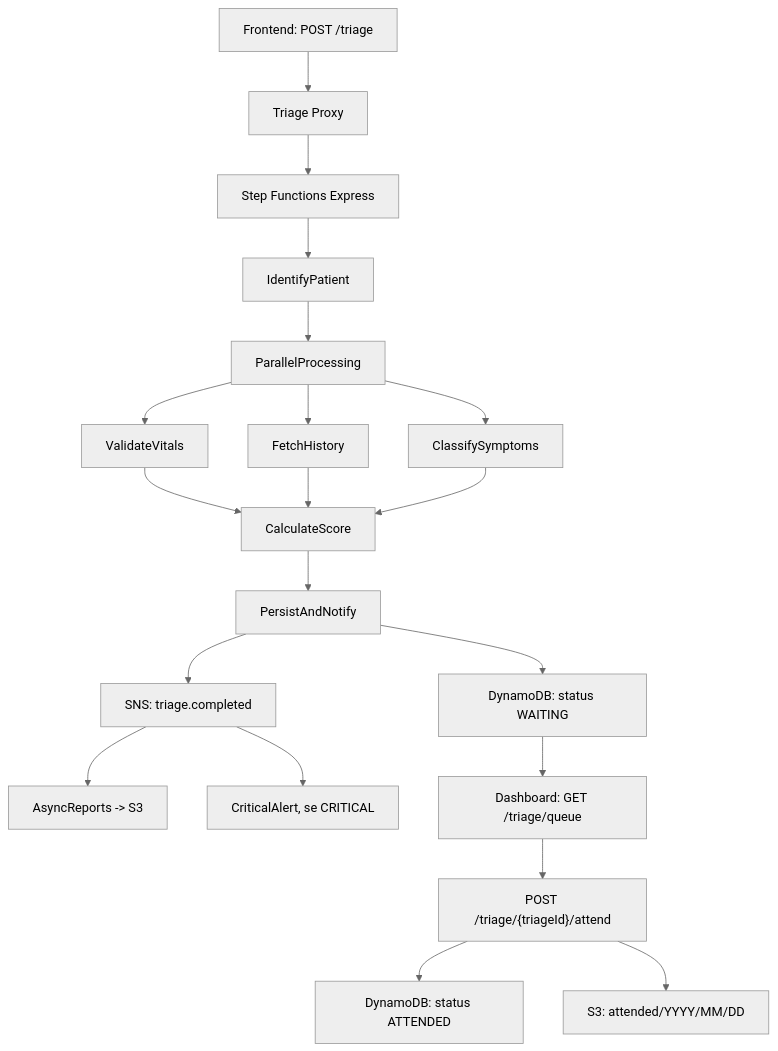
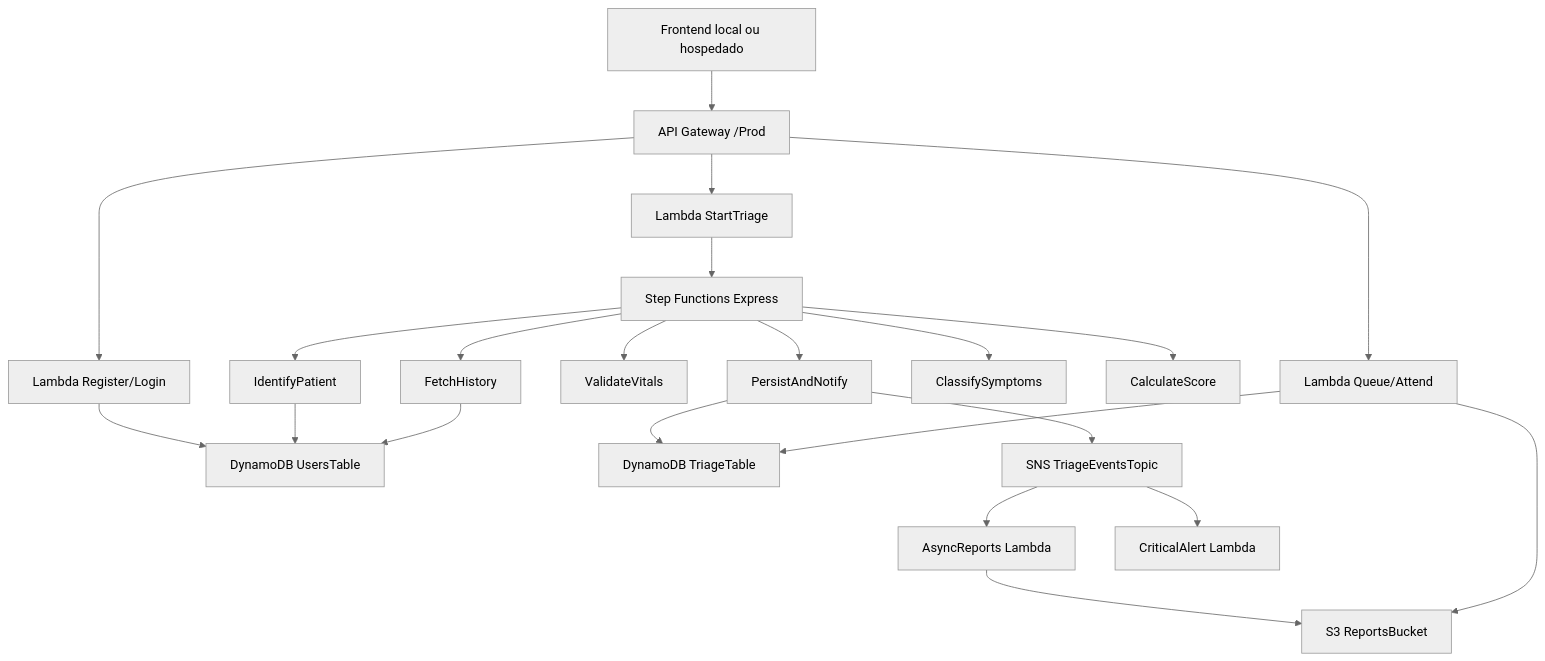
Before and after one commit to joao-castroo/mediflow-project: the diagram in README.md, drawn with Mermaid (neutral theme). The commit also changed other lines of this file, not shown here.

````diff
--- a/README.md
+++ b/README.md
@@ -111,22 +110,26 @@
 ```mermaid
 graph TD
-    A["Frontend: POST /triage"] --> B["Triage Proxy"]
-    B --> C["Step Functions Express"]
-    C --> D["IdentifyPatient"]
-    D --> E["ParallelProcessing"]
-    E --> F["ValidateVitals"]
-    E --> G["FetchHistory"]
-    E --> H["ClassifySymptoms"]
-    F --> I["CalculateScore"]
-    G --> I
-    H --> I
-    I --> J["PersistAndNotify"]
-    J --> K["DynamoDB: status WAITING"]
-    J --> L["SNS: triage.completed"]
-    L --> M["AsyncReports -> S3"]
-    L --> N["CriticalAlert, se CRITICAL"]
-    K --> O["Dashboard: GET /triage/queue"]
-    O --> P["POST /triage/{triageId}/attend"]
-    P --> Q["DynamoDB: status ATTENDED"]
-    P --> R["S3: attended/YYYY/MM/DD"]
+    A["Frontend local ou hospedado"] --> B["API Gateway /Prod"]
+    B --> C1["Lambda Register/Login"]
+    B --> C2["Lambda StartTriage"]
+    B --> C3["Lambda Queue/Attend"]
+
+    C1 --> D1["DynamoDB UsersTable"]
+    C2 --> E["Step Functions Express"]
+    E --> F1["IdentifyPatient"]
+    E --> F2["ValidateVitals"]
+    E --> F3["FetchHistory"]
+    E --> F4["ClassifySymptoms"]
+    E --> F5["CalculateScore"]
+    E --> F6["PersistAndNotify"]
+
+    F1 --> D1
+    F3 --> D1
+    F6 --> D2["DynamoDB TriageTable"]
+    F6 --> G["SNS TriageEventsTopic"]
+    G --> H["AsyncReports Lambda"]
+    G --> I["CriticalAlert Lambda"]
+    H --> J["S3 ReportsBucket"]
+    C3 --> D2
+    C3 --> J
 ```
````
